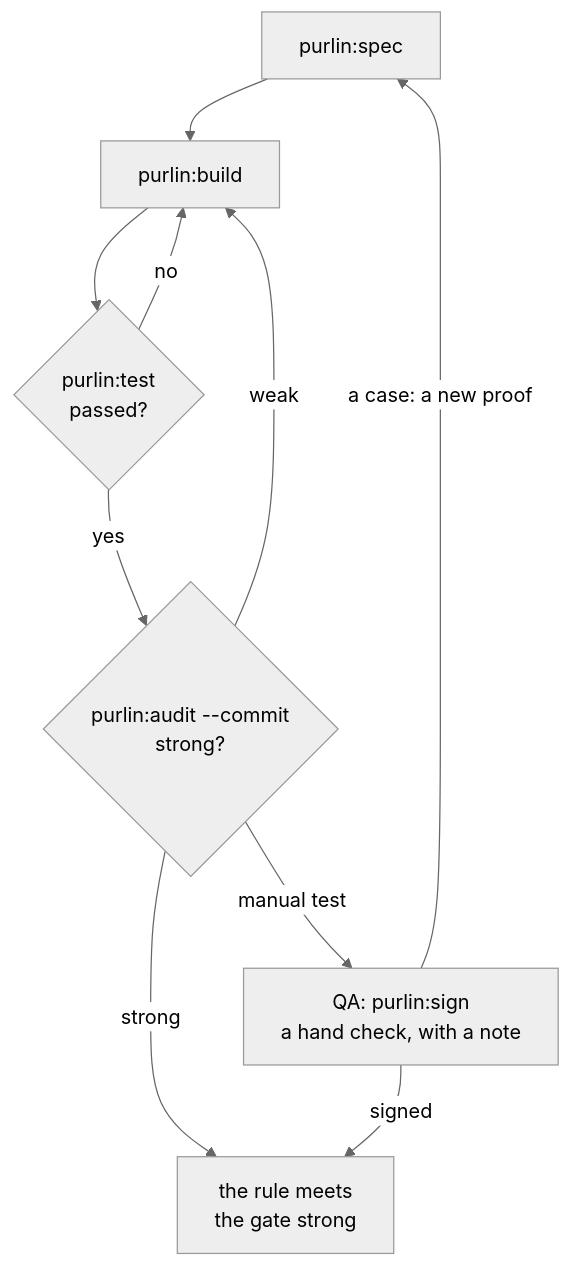
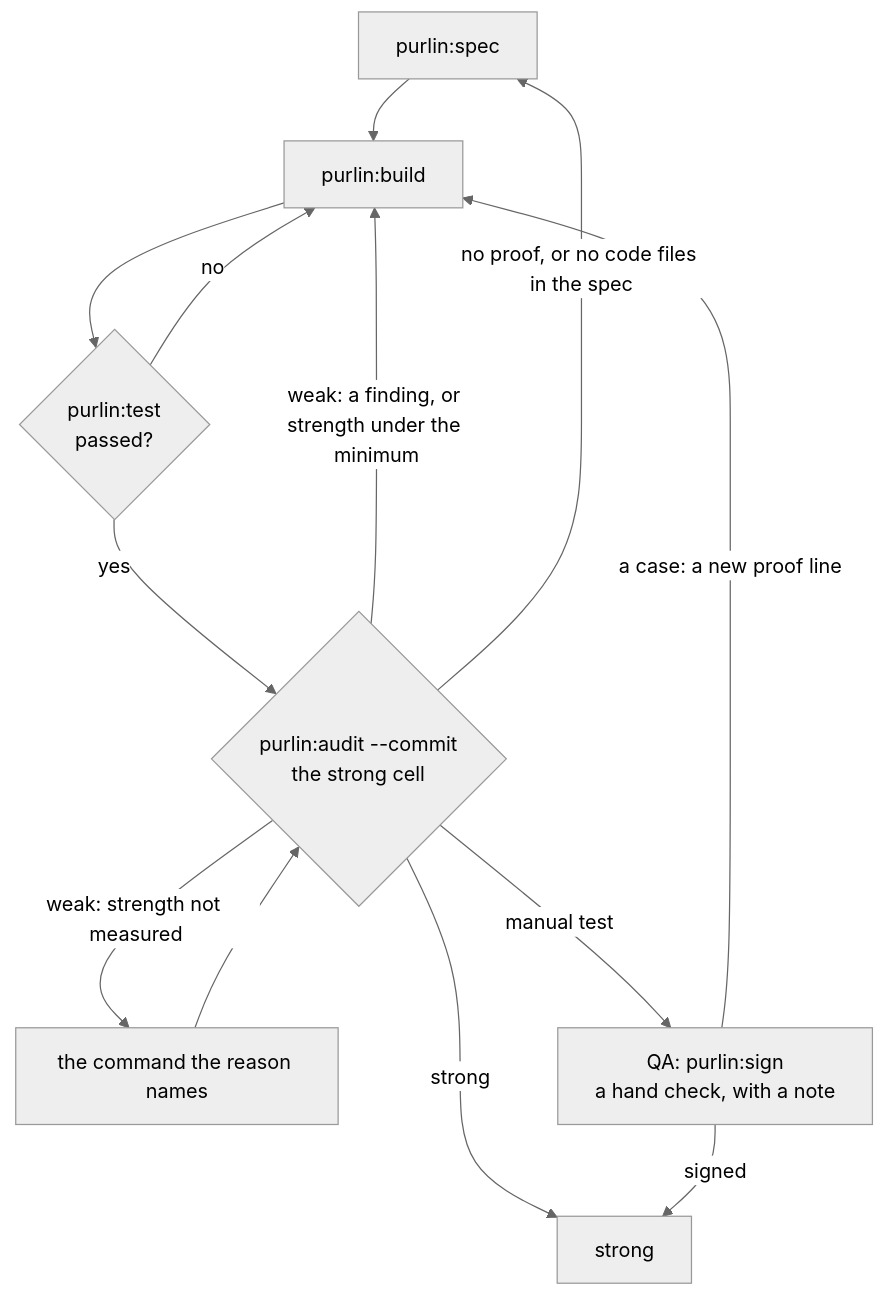
One commit to rlabarca/purlin changed the diagram in docs/team-workflow.md. Above: the diagram before and after it, drawn with Mermaid (neutral theme). The commit also changed other lines of this file and 3 other files, not shown here.

First line of the commit message:
docs: the specs, spec-from-code, working-together and team pages say what is

````diff
--- a/docs/team-workflow.md
+++ b/docs/team-workflow.md
@@ -36,12 +38,15 @@
 ```mermaid
 flowchart TD
     Sp["purlin:spec"] --> B["purlin:build"]
     B --> T{"purlin:test<br>passed?"}
     T -->|no| B
-    T -->|yes| A{"purlin:audit --commit<br>strong?"}
-    A -->|weak| B
+    T -->|yes| A{"purlin:audit --commit<br>the strong cell"}
+    A -->|"weak: a finding, or strength under the minimum"| B
+    A -->|"no proof, or no code files in the spec"| Sp
+    A -->|"weak: strength not measured"| M["the command the reason names"]
+    M --> A
     A -->|"manual test"| Q["QA: purlin:sign<br>a hand check, with a note"]
-    Q -->|"a case: a new proof"| Sp
-    A -->|strong| G["the rule meets<br>the gate strong"]
+    Q -->|"a case: a new proof line"| B
+    A -->|strong| G["strong"]
     Q -->|signed| G
 ```
````
